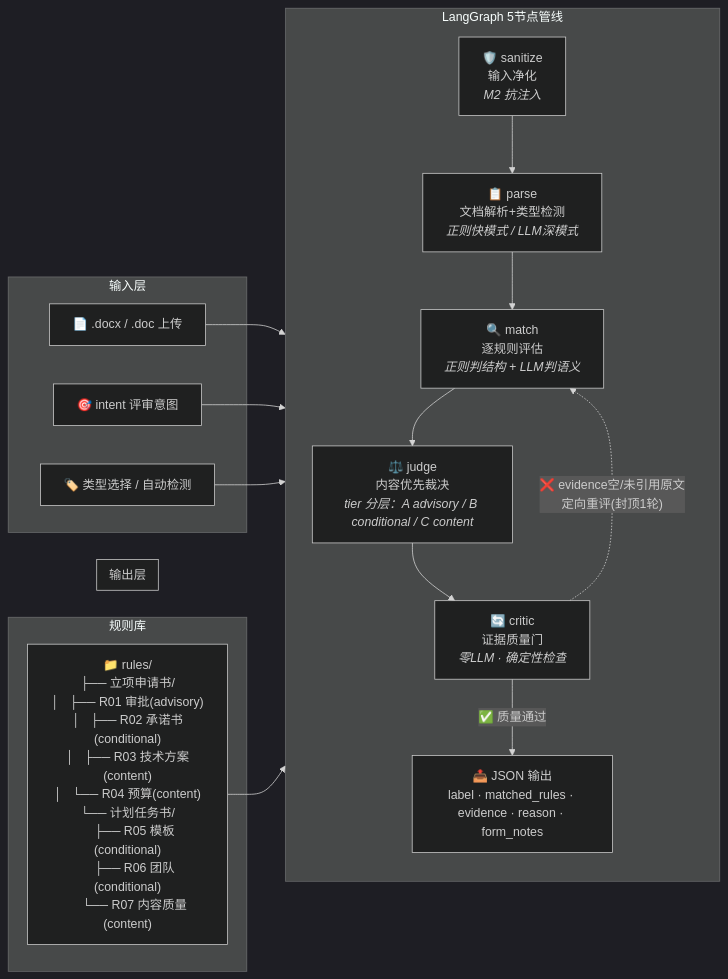
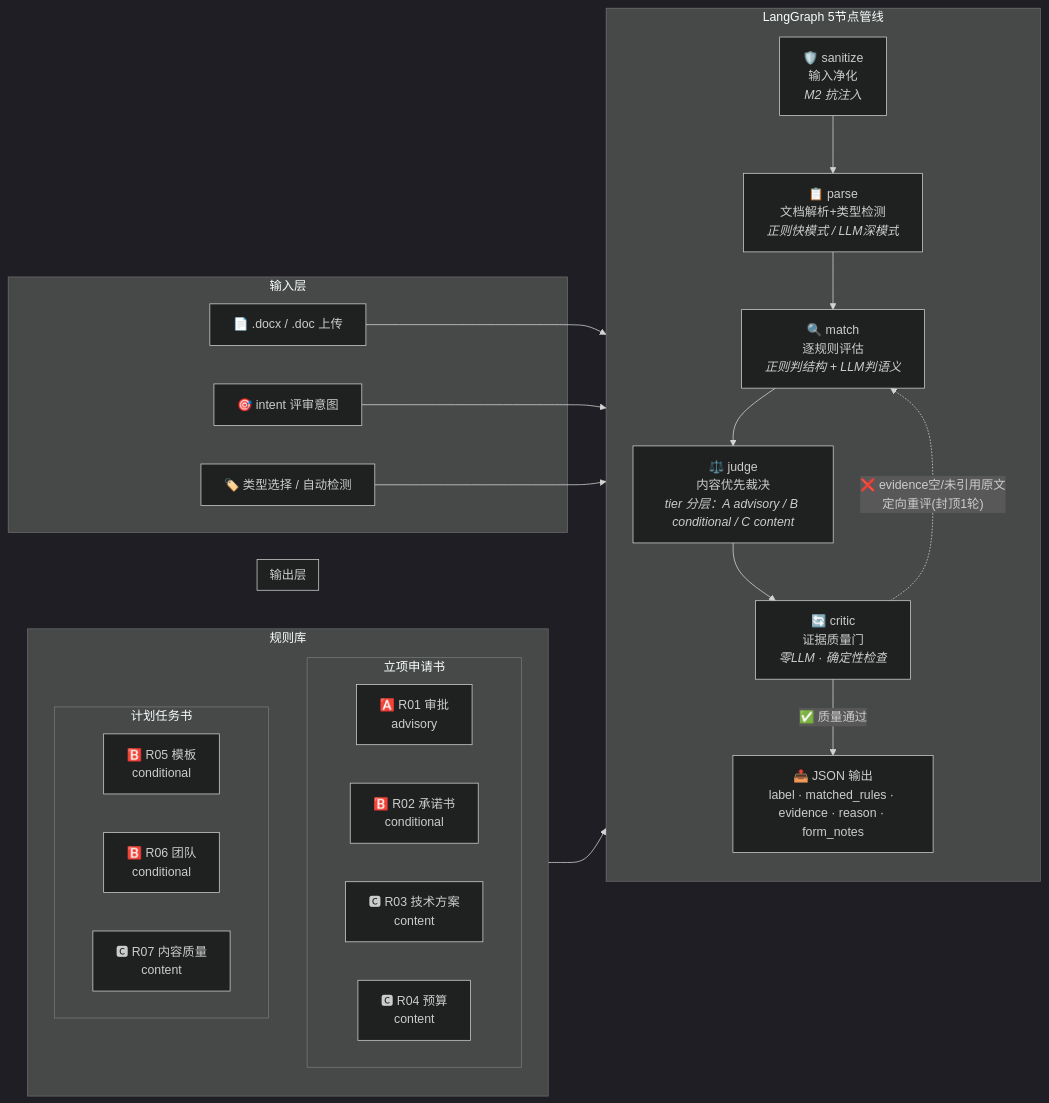
Before and after one commit to lisong233/agent-orchestration-practice: the first of 3 diagrams in docs/design.md, drawn with Mermaid (dark theme).

Commit message:
docs: 修复 §0.1 规则库 Mermaid 居中错位 — 树形→独立节点
树形字符（├── └──）在 Mermaid 居中渲染下层级错乱。
改为 14 个独立节点，按立项/计划分组，tier 标记清晰可视。

````diff
--- a/docs/design.md
+++ b/docs/design.md
@@ -12,35 +12,45 @@
 ```mermaid
 flowchart LR
     subgraph 输入层
         A1["📄 .docx / .doc 上传"]
         A2["🎯 intent 评审意图"]
         A3["🏷️ 类型选择 / 自动检测"]
     end
 
     subgraph LangGraph 5节点管线
         direction TB
         N0["🛡️ sanitize<br/>输入净化<br/><i>M2 抗注入</i>"]
         N1["📋 parse<br/>文档解析+类型检测<br/><i>正则快模式 / LLM深模式</i>"]
         N2["🔍 match<br/>逐规则评估<br/><i>正则判结构 + LLM判语义</i>"]
         N3["⚖️ judge<br/>内容优先裁决<br/><i>tier 分层：A advisory / B conditional / C content</i>"]
         N4["🔄 critic<br/>证据质量门<br/><i>零LLM · 确定性检查</i>"]
 
         N0 --> N1 --> N2 --> N3 --> N4
         N4 -.->|"❌ evidence空/未引用原文<br/>定向重评(封顶1轮)"| N2
         N4 -->|"✅ 质量通过"| OUT
     end
 
     subgraph 输出层
         OUT["📤 JSON 输出<br/>label · matched_rules · evidence · reason · form_notes"]
     end
 
     A1 --> N0
     A2 --> N2
     A3 --> N1
 
     subgraph 规则库
-        R["📁 rules/<br/>├── 立项申请书/<br/>│   ├── R01 审批(advisory)<br/>│   ├── R02 承诺书(conditional)<br/>│   ├── R03 技术方案(content)<br/>│   └── R04 预算(content)<br/>└── 计划任务书/<br/>    ├── R05 模板(conditional)<br/>    ├── R06 团队(conditional)<br/>    └── R07 内容质量(content)"]
+        subgraph 立项申请书
+            R01["🅰️ R01 审批<br/>advisory"]
+            R02["🅱️ R02 承诺书<br/>conditional"]
+            R03["🅲 R03 技术方案<br/>content"]
+            R04["🅲 R04 预算<br/>content"]
+        end
+        subgraph 计划任务书
+            R05["🅱️ R05 模板<br/>conditional"]
+            R06["🅱️ R06 团队<br/>conditional"]
+            R07["🅲 R07 内容质量<br/>content"]
+        end
     end
 
-    R --> N2
+    规则库 --> N2
 ```
````
